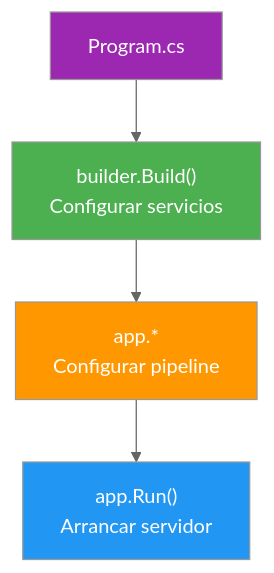
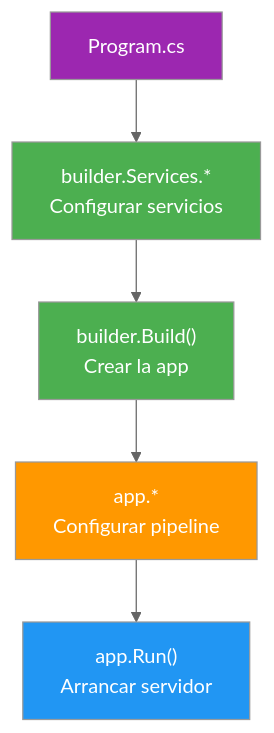
Before and after one commit to joseluisgs/DesarrolloWebEntornosServidor-02-2026-2027: the sixth of 6 diagrams in 05-arquitectura-pipeline.md, drawn with Mermaid (neutral theme). The commit also changed other lines of this file and 33 other files, not shown here.

````diff
--- a/05-arquitectura-pipeline.md
+++ b/05-arquitectura-pipeline.md
@@ -279,10 +282,12 @@
 ```mermaid
 flowchart TD
-    A["Program.cs"] --> B["builder.Build()<br/>Configurar servicios"]
-    B --> C["app.*<br/>Configurar pipeline"]
-    C --> D["app.Run()<br/>Arrancar servidor"]
+    A["Program.cs"] --> B["builder.Services.*<br/>Configurar servicios"]
+    B --> C["builder.Build()<br/>Crear la app"]
+    C --> D["app.*<br/>Configurar pipeline"]
+    D --> E["app.Run()<br/>Arrancar servidor"]
     style A fill:#9C27B0,color:#fff
     style B fill:#4CAF50,color:#fff
-    style C fill:#FF9800,color:#fff
-    style D fill:#2196F3,color:#fff
+    style C fill:#4CAF50,color:#fff
+    style D fill:#FF9800,color:#fff
+    style E fill:#2196F3,color:#fff
 ```
````
